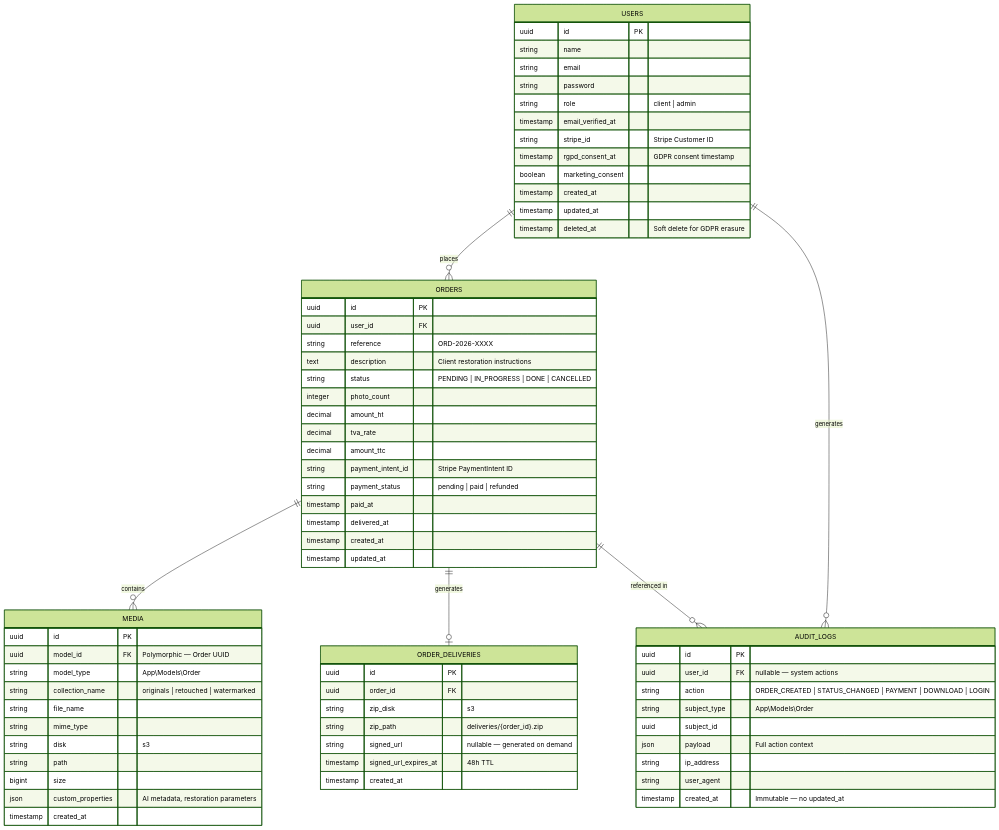
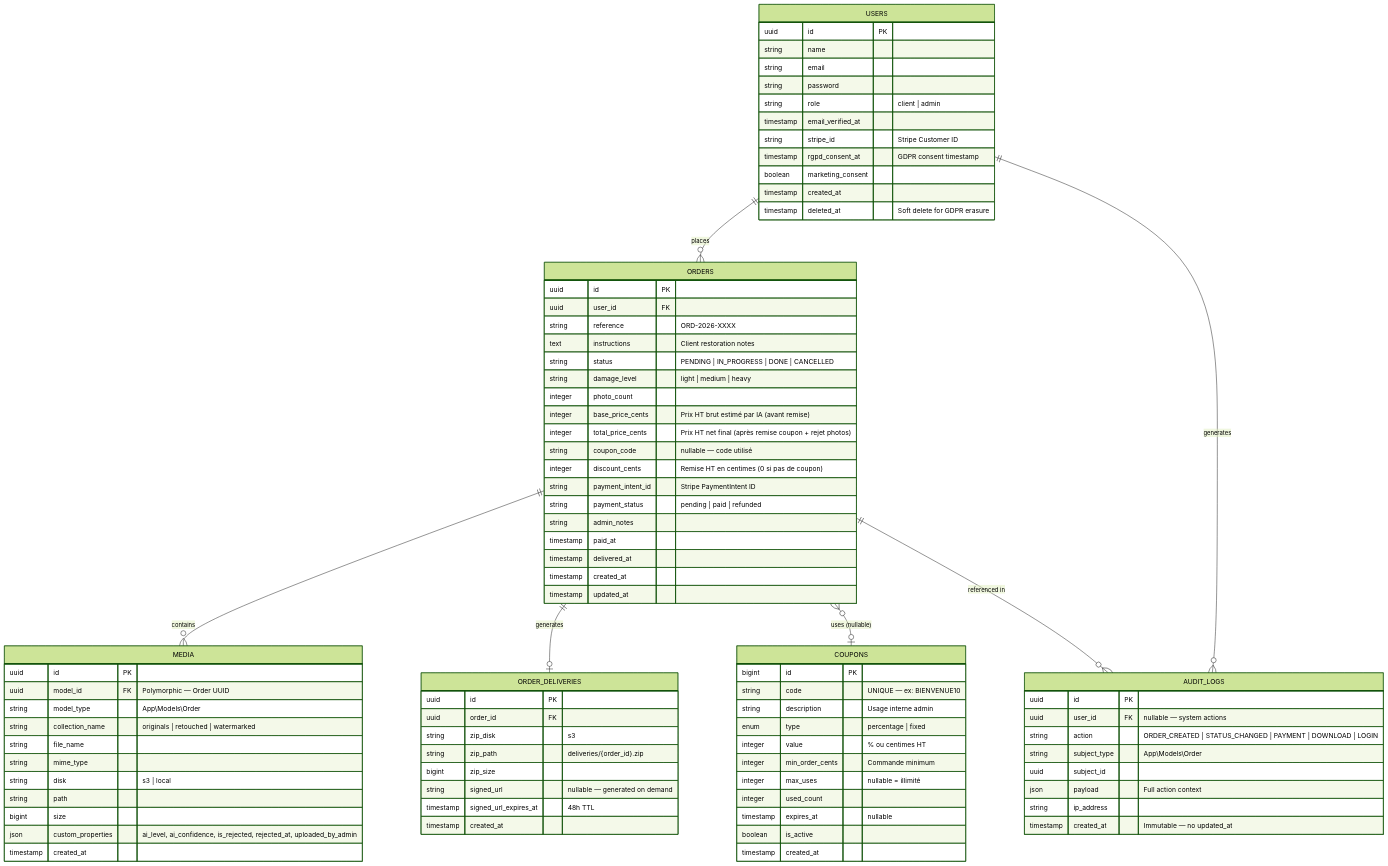
The third of 12 diagrams in docs/architecture.mdx (zyrass/OmnyRestore), drawn with Mermaid (forest theme) before and after one commit. The commit also changed other lines of this file and 1 other file, not shown here.

Commit message:
docs(phase-9): v0.8.1 - section 11bis patch, ZIP exclusion impl, recalcul prix coupon, worst-case fix; architecture.mdx ERD+sequences Phase9

````diff
--- a/docs/architecture.mdx
+++ b/docs/architecture.mdx
@@ -132,7 +132,6 @@
         timestamp rgpd_consent_at "GDPR consent timestamp"
         boolean marketing_consent
         timestamp created_at
-        timestamp updated_at
         timestamp deleted_at "Soft delete for GDPR erasure"
     }
 
@@ -140,14 +139,17 @@
         uuid id PK
         uuid user_id FK
         string reference "ORD-2026-XXXX"
-        text description "Client restoration instructions"
+        text instructions "Client restoration notes"
         string status "PENDING | IN_PROGRESS | DONE | CANCELLED"
+        string damage_level "light | medium | heavy"
         integer photo_count
-        decimal amount_ht
-        decimal tva_rate
-        decimal amount_ttc
+        integer base_price_cents "Prix HT brut estimé par IA (avant remise)"
+        integer total_price_cents "Prix HT net final (après remise coupon + rejet photos)"
+        string coupon_code "nullable — code utilisé"
+        integer discount_cents "Remise HT en centimes (0 si pas de coupon)"
         string payment_intent_id "Stripe PaymentIntent ID"
         string payment_status "pending | paid | refunded"
+        string admin_notes
         timestamp paid_at
         timestamp delivered_at
         timestamp created_at
@@ -161,10 +163,24 @@
         string collection_name "originals | retouched | watermarked"
         string file_name
         string mime_type
-        string disk "s3"
+        string disk "s3 | local"
         string path
         bigint size
-        json custom_properties "AI metadata, restoration parameters"
+        json custom_properties "ai_level, ai_confidence, is_rejected, rejected_at, uploaded_by_admin"
+        timestamp created_at
+    }
+
+    COUPONS {
+        bigint id PK
+        string code "UNIQUE — ex: BIENVENUE10"
+        string description "Usage interne admin"
+        enum type "percentage | fixed"
+        integer value "% ou centimes HT"
+        integer min_order_cents "Commande minimum"
+        integer max_uses "nullable = illimité"
+        integer used_count
+        timestamp expires_at "nullable"
+        boolean is_active
         timestamp created_at
     }
 
@@ -173,6 +189,7 @@
         uuid order_id FK
         string zip_disk "s3"
         string zip_path "deliveries/{order_id}.zip"
+        bigint zip_size
         string signed_url "nullable — generated on demand"
         timestamp signed_url_expires_at "48h TTL"
         timestamp created_at
@@ -186,13 +203,13 @@
         uuid subject_id
         json payload "Full action context"
         string ip_address
-        string user_agent
         timestamp created_at "Immutable — no updated_at"
     }
 
     USERS ||--o{ ORDERS : "places"
     ORDERS ||--o{ MEDIA : "contains"
     ORDERS ||--o| ORDER_DELIVERIES : "generates"
+    ORDERS }o--o| COUPONS : "uses (nullable)"
     USERS ||--o{ AUDIT_LOGS : "generates"
     ORDERS ||--o{ AUDIT_LOGS : "referenced in"
 ```
````
